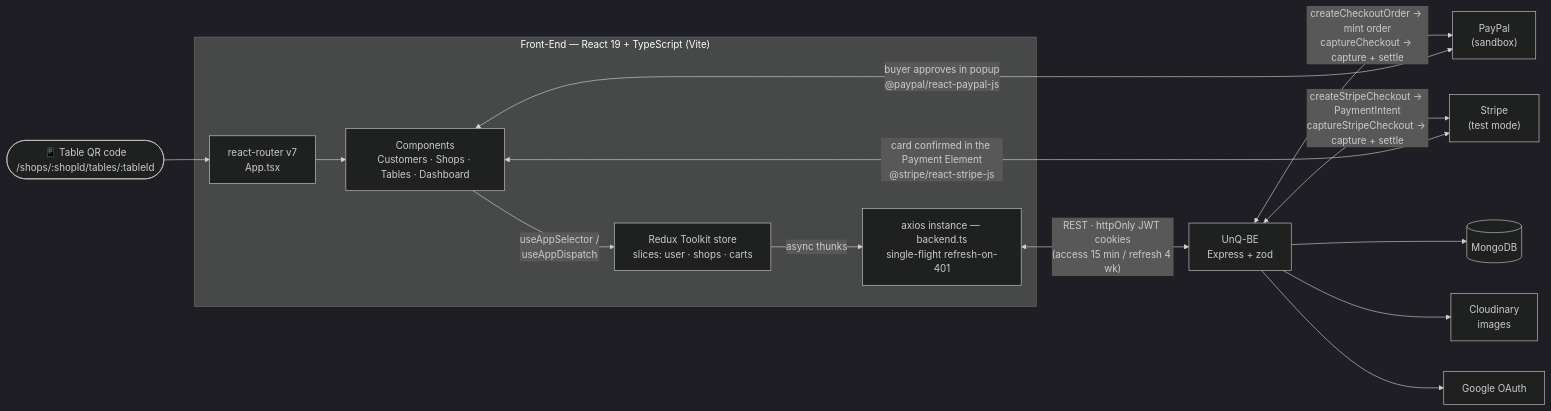
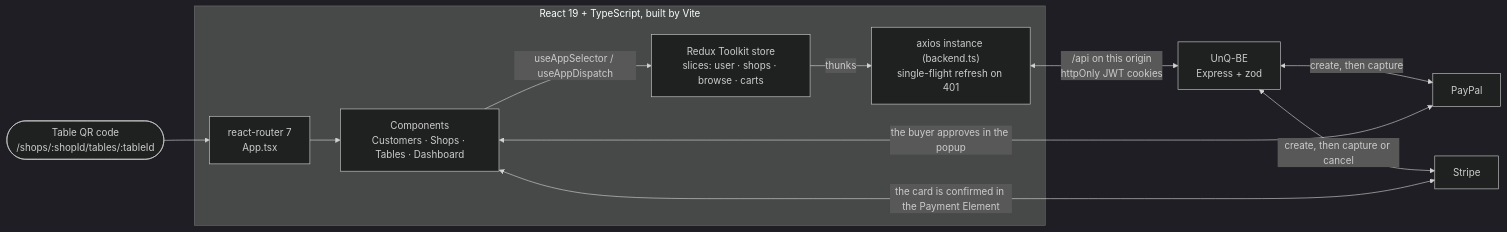
One commit to Nando-C/UnQ-FE changed the diagram in README.md. Above: the diagram before and after it, drawn with Mermaid (dark theme). The commit also changed other lines of this file and 10 other files, not shown here.

````diff
--- a/README.md
+++ b/README.md
@@ -127,25 +47,21 @@
 ```mermaid
 flowchart LR
-    QR(["📱 Table QR code<br/>/shops/:shopId/tables/:tableId"]) --> Router
+    QR(["Table QR code<br/>/shops/:shopId/tables/:tableId"]) --> Router
 
-    subgraph FE["Front-End — React 19 + TypeScript (Vite)"]
-        Router["react-router v7<br/>App.tsx"]
+    subgraph FE["React 19 + TypeScript, built by Vite"]
+        Router["react-router 7<br/>App.tsx"]
         UI["Components<br/>Customers · Shops · Tables · Dashboard"]
-        Store["Redux Toolkit store<br/>slices: user · shops · carts"]
-        Axios["axios instance — backend.ts<br/>single-flight refresh-on-401"]
+        Store["Redux Toolkit store<br/>slices: user · shops · browse · carts"]
+        Axios["axios instance (backend.ts)<br/>single-flight refresh on 401"]
 
         Router --> UI
-        UI -->|"useAppSelector /<br/>useAppDispatch"| Store
-        Store -->|async thunks| Axios
+        UI -->|"useAppSelector / useAppDispatch"| Store
+        Store -->|"thunks"| Axios
     end
 
-    Axios <-->|"REST · httpOnly JWT cookies<br/>(access 15 min / refresh 4 wk)"| BE["UnQ-BE<br/>Express + zod"]
-    BE <-->|"createCheckoutOrder → mint order<br/>captureCheckout → capture + settle"| PayPal["PayPal<br/>(sandbox)"]
-    UI <-->|"buyer approves in popup<br/>@paypal/react-paypal-js"| PayPal
-    BE <-->|"createStripeCheckout → PaymentIntent<br/>captureStripeCheckout → capture + settle"| Stripe["Stripe<br/>(test mode)"]
-    UI <-->|"card confirmed in the Payment Element<br/>@stripe/react-stripe-js"| Stripe
-
-    BE --> Mongo[("MongoDB")]
-    BE --> Cloudinary["Cloudinary<br/>images"]
-    BE --> Google["Google OAuth"]
+    Axios <-->|"/api on this origin<br/>httpOnly JWT cookies"| BE["UnQ-BE<br/>Express + zod"]
+    BE <-->|"create, then capture"| PayPal["PayPal"]
+    UI <-->|"the buyer approves in the popup"| PayPal
+    BE <-->|"create, then capture or cancel"| Stripe["Stripe"]
+    UI <-->|"the card is confirmed in the Payment Element"| Stripe
 ```
````
